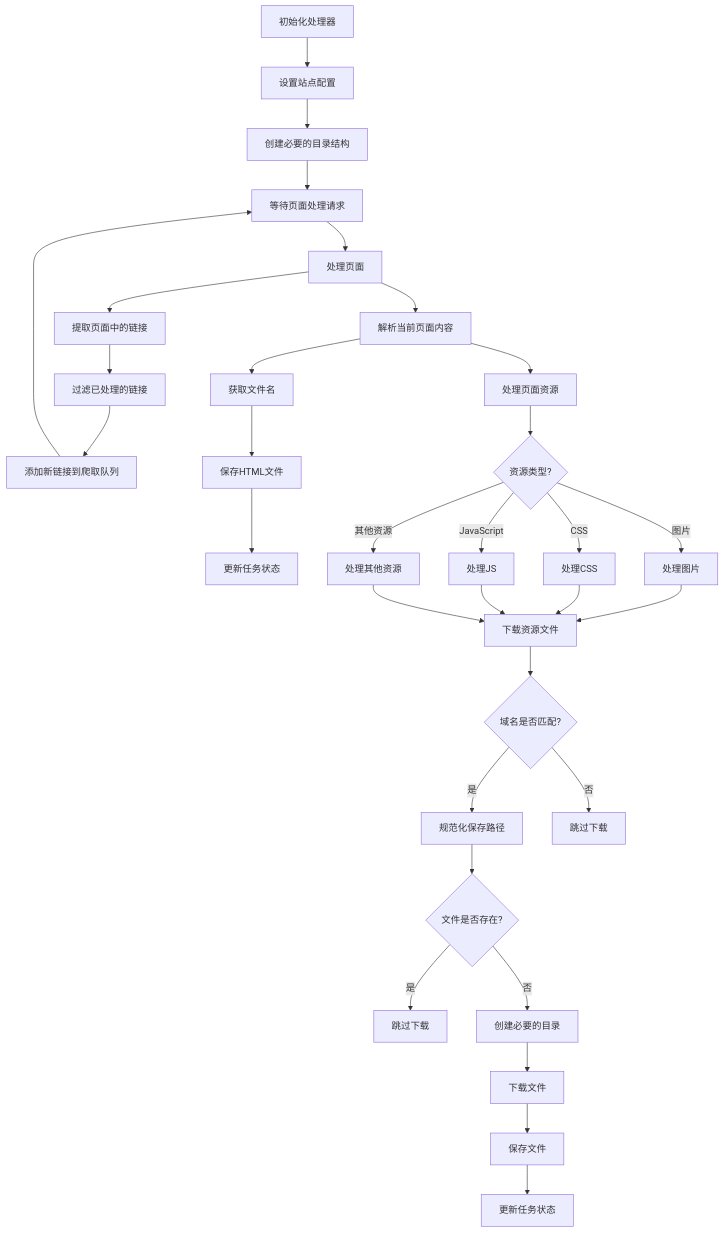
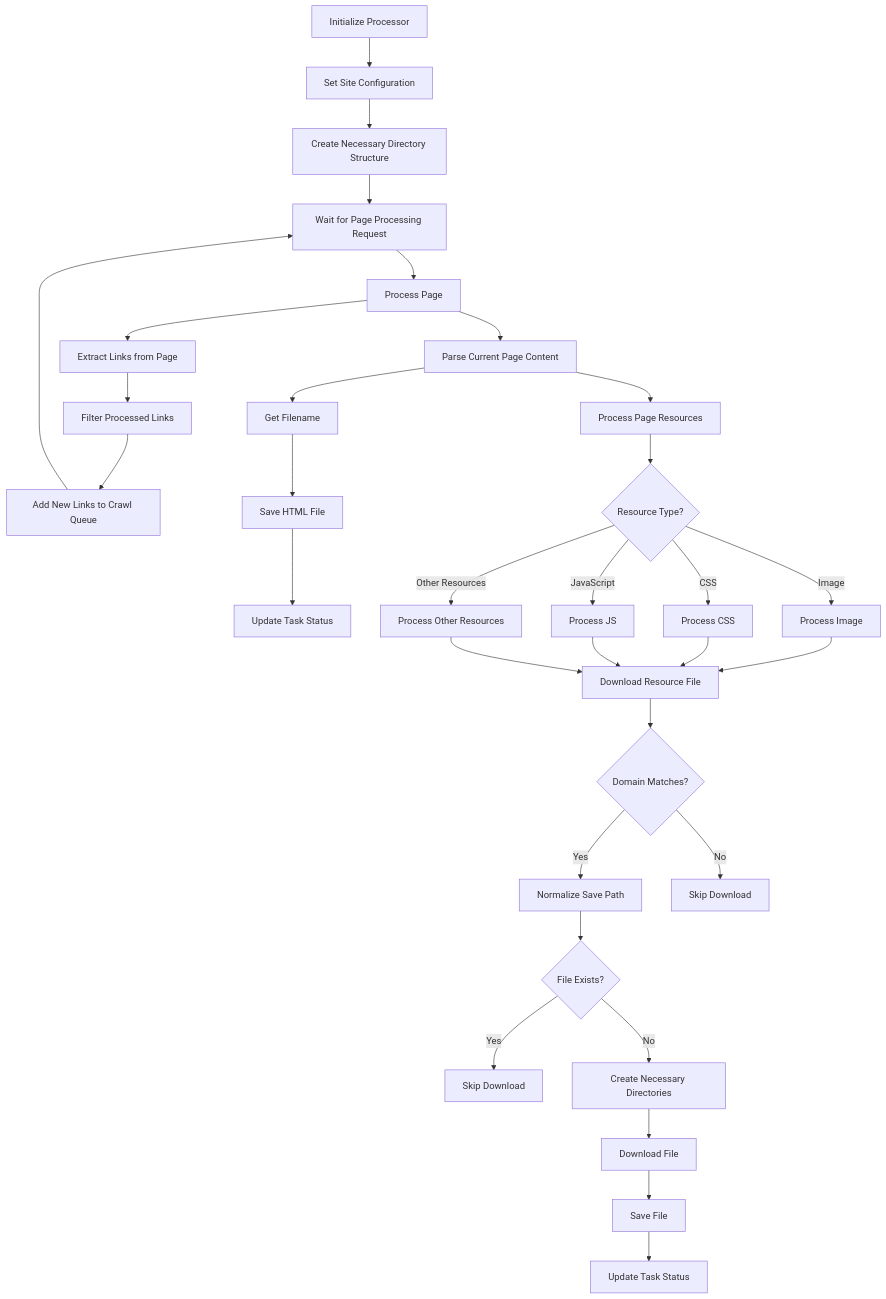
One commit to imleoo/aiseo-webclone changed the diagram in siteclone/README.md. Above: the diagram before and after it, drawn with Mermaid. The commit also changed other lines of this file, not shown here.

````diff
--- a/siteclone/README.md
+++ b/siteclone/README.md
@@ -121,41 +122,41 @@
 ```mermaid
 flowchart TD
-    A[初始化处理器] --> B[设置站点配置]
-    B --> C[创建必要的目录结构]
-    C --> D[等待页面处理请求]
+    A[Initialize Processor] --> B[Set Site Configuration]
+    B --> C[Create Necessary Directory Structure]
+    C --> D[Wait for Page Processing Request]
     
-    D --> E[处理页面]
-    E --> F[提取页面中的链接]
-    F --> G[过滤已处理的链接]
-    G --> H[添加新链接到爬取队列]
+    D --> E[Process Page]
+    E --> F[Extract Links from Page]
+    F --> G[Filter Processed Links]
+    G --> H[Add New Links to Crawl Queue]
     
-    E --> I[解析当前页面内容]
-    I --> J[获取文件名]
-    J --> K[保存HTML文件]
-    K --> L[更新任务状态]
+    E --> I[Parse Current Page Content]
+    I --> J[Get Filename]
+    J --> K[Save HTML File]
+    K --> L[Update Task Status]
     
-    I --> M[处理页面资源]
-    M --> N{资源类型?}
-    N -->|图片| O[处理图片]
-    N -->|CSS| P[处理CSS]
-    N -->|JavaScript| Q[处理JS]
-    N -->|其他资源| R[处理其他资源]
+    I --> M[Process Page Resources]
+    M --> N{Resource Type?}
+    N -->|Image| O[Process Image]
+    N -->|CSS| P[Process CSS]
+    N -->|JavaScript| Q[Process JS]
+    N -->|Other Resources| R[Process Other Resources]
     
-    O --> S[下载资源文件]
+    O --> S[Download Resource File]
     P --> S
     Q --> S
     R --> S
     
-    S --> T{域名是否匹配?}
-    T -->|是| U[规范化保存路径]
-    T -->|否| V[跳过下载]
+    S --> T{Domain Matches?}
+    T -->|Yes| U[Normalize Save Path]
+    T -->|No| V[Skip Download]
     
-    U --> W{文件是否存在?}
-    W -->|是| X[跳过下载]
-    W -->|否| Y[创建必要的目录]
-    Y --> Z[下载文件]
-    Z --> AA[保存文件]
-    AA --> AB[更新任务状态]
+    U --> W{File Exists?}
+    W -->|Yes| X[Skip Download]
+    W -->|No| Y[Create Necessary Directories]
+    Y --> Z[Download File]
+    Z --> AA[Save File]
+    AA --> AB[Update Task Status]
     
     H --> D
 ```
````
